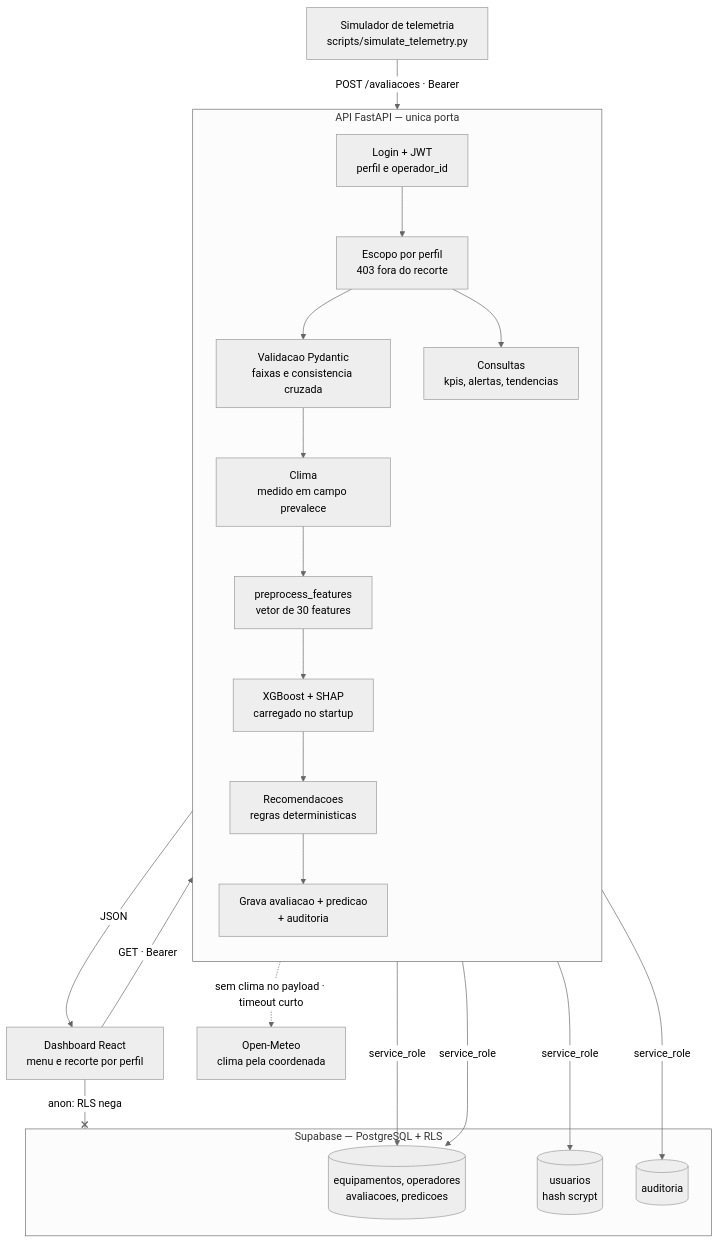
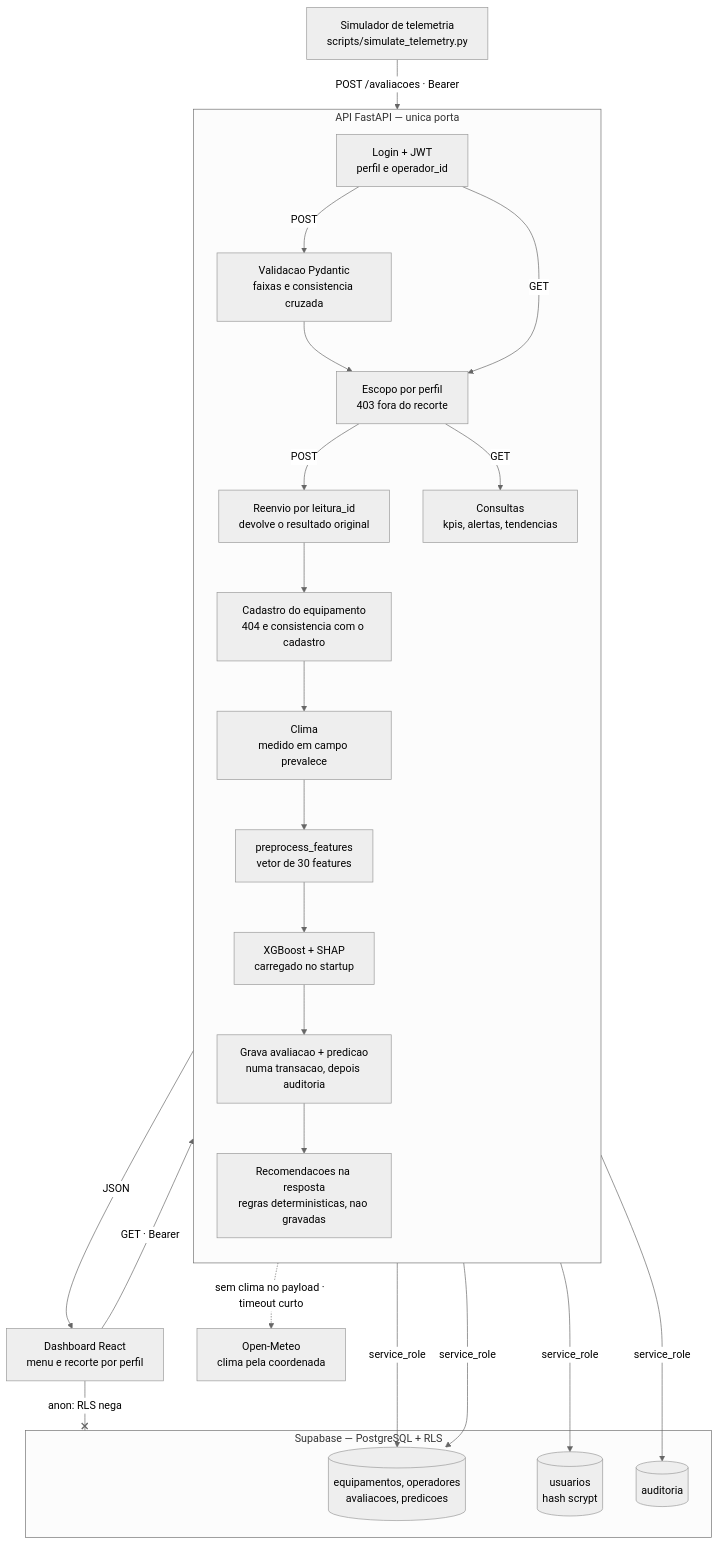
The diagram in README.md (Avila237/sompo), drawn with Mermaid (neutral theme) before and after one commit. The commit also changed other lines of this file and 1 other file, not shown here.

````diff
--- a/README.md
+++ b/README.md
@@ -445,38 +515,41 @@
 ```mermaid
 flowchart TB
     SIM["Simulador de telemetria<br/>scripts/simulate_telemetry.py"]
     DASH["Dashboard React<br/>menu e recorte por perfil"]
     METEO["Open-Meteo<br/>clima pela coordenada"]
 
     subgraph API["API FastAPI — unica porta"]
         direction TB
         AUTH["Login + JWT<br/>perfil e operador_id"]
+        VAL["Validacao Pydantic<br/>faixas e consistencia cruzada"]
         ESC["Escopo por perfil<br/>403 fora do recorte"]
-        VAL["Validacao Pydantic<br/>faixas e consistencia cruzada"]
+        IDEM["Reenvio por leitura_id<br/>devolve o resultado original"]
+        CAD["Cadastro do equipamento<br/>404 e consistencia com o cadastro"]
         ENR["Clima<br/>medido em campo prevalece"]
         PRE["preprocess_features<br/>vetor de 30 features"]
         MOD["XGBoost + SHAP<br/>carregado no startup"]
-        REC["Recomendacoes<br/>regras deterministicas"]
-        PERS["Grava avaliacao + predicao<br/>+ auditoria"]
+        PERS["Grava avaliacao + predicao<br/>numa transacao, depois auditoria"]
+        REC["Recomendacoes na resposta<br/>regras deterministicas, nao gravadas"]
         CON["Consultas<br/>kpis, alertas, tendencias"]
-        AUTH --> ESC
-        ESC --> VAL --> ENR --> PRE --> MOD --> REC --> PERS
-        ESC --> CON
+        AUTH -->|POST| VAL --> ESC
+        AUTH -->|GET| ESC
+        ESC -->|POST| IDEM --> CAD --> ENR --> PRE --> MOD --> PERS --> REC
+        ESC -->|GET| CON
     end
 
     subgraph DB["Supabase — PostgreSQL + RLS"]
         TAB[("equipamentos, operadores<br/>avaliacoes, predicoes")]
         USR[("usuarios<br/>hash scrypt")]
         AUD[("auditoria")]
     end
 
     SIM -->|"POST /avaliacoes · Bearer"| AUTH
     DASH -->|"GET · Bearer"| AUTH
     CON -->|JSON| DASH
     ENR -.->|"sem clima no payload · timeout curto"| METEO
     AUTH -->|service_role| USR
     PERS -->|service_role| TAB
     PERS -->|service_role| AUD
     CON -->|service_role| TAB
     DASH --x|"anon: RLS nega"| DB
 ```
````
